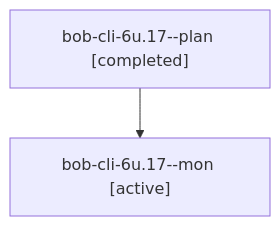
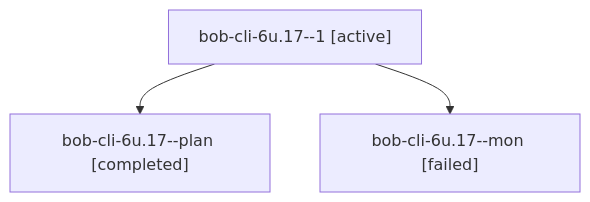
Before and after one commit to bobs-org/bob-cli--agents: the diagram in sessions/bbugyi200.apollo.bob-cli-6u.17.md, drawn with Mermaid. The commit also changed other lines of this file and 55 other files, not shown here.

````diff
--- a/sessions/bbugyi200.apollo.bob-cli-6u.17.md
+++ b/sessions/bbugyi200.apollo.bob-cli-6u.17.md
@@ -9,6 +9,8 @@
 ```mermaid
 flowchart TD
-  n0["bob-cli-6u.17--plan [completed]"]
-  n1["bob-cli-6u.17--mon [active]"]
+  n0["bob-cli-6u.17--1 [active]"]
+  n1["bob-cli-6u.17--plan [completed]"]
   n0 --> n1
+  n2["bob-cli-6u.17--mon [failed]"]
+  n0 --> n2
 ```
````
